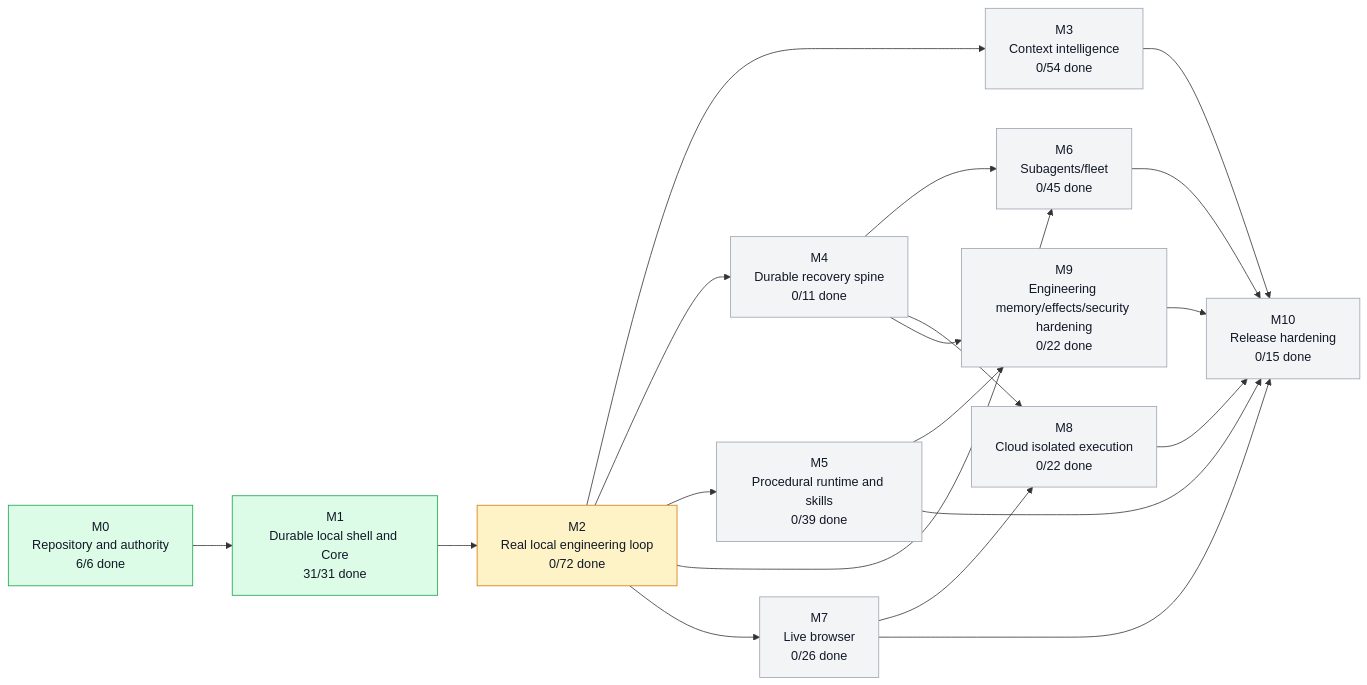
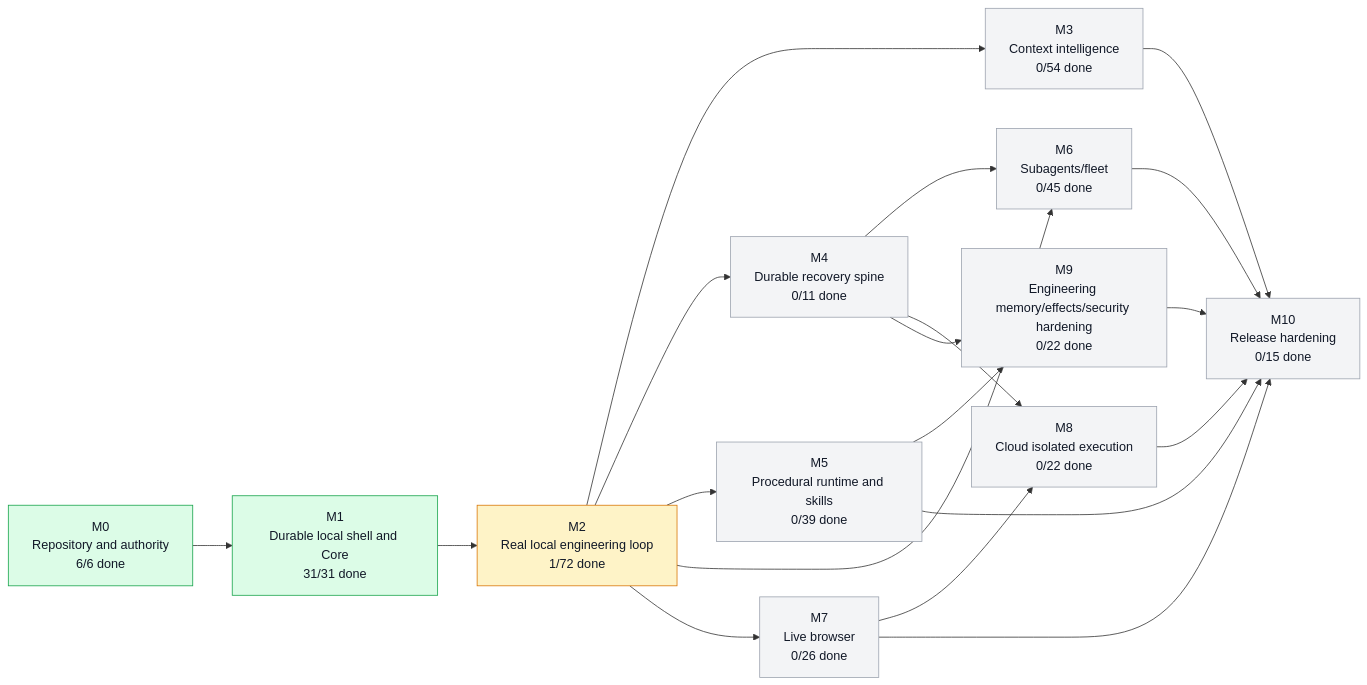
The first of 3 diagrams in graph/PROJECT_GRAPH.md (moss101/zmodbit), drawn with Mermaid before and after one commit. The commit also changed other lines of this file and 3 other files, not shown here.

````diff
--- a/graph/PROJECT_GRAPH.md
+++ b/graph/PROJECT_GRAPH.md
@@ -43,43 +43,43 @@
 ```mermaid
 flowchart LR
   M0["M0<br/>Repository and authority<br/>6/6 done"]
   M1["M1<br/>Durable local shell and Core<br/>31/31 done"]
-  M2["M2<br/>Real local engineering loop<br/>0/72 done"]
+  M2["M2<br/>Real local engineering loop<br/>1/72 done"]
   M3["M3<br/>Context intelligence<br/>0/54 done"]
   M4["M4<br/>Durable recovery spine<br/>0/11 done"]
   M5["M5<br/>Procedural runtime and skills<br/>0/39 done"]
   M6["M6<br/>Subagents/fleet<br/>0/45 done"]
   M7["M7<br/>Live browser<br/>0/26 done"]
   M8["M8<br/>Cloud isolated execution<br/>0/22 done"]
   M9["M9<br/>Engineering memory/effects/security hardening<br/>0/22 done"]
   M10["M10<br/>Release hardening<br/>0/15 done"]
   M0 --> M1
   M1 --> M2
   M2 --> M3
   M2 --> M4
   M2 --> M5
   M2 --> M6
   M4 --> M6
   M2 --> M7
   M4 --> M8
   M7 --> M8
   M4 --> M9
   M5 --> M9
   M3 --> M10
   M5 --> M10
   M6 --> M10
   M7 --> M10
   M8 --> M10
   M9 --> M10
   style M0 fill:#dcfce7,stroke:#16a34a,color:#111827
   style M1 fill:#dcfce7,stroke:#16a34a,color:#111827
   style M2 fill:#fef3c7,stroke:#d97706,color:#111827
   style M3 fill:#f3f4f6,stroke:#9ca3af,color:#111827
   style M4 fill:#f3f4f6,stroke:#9ca3af,color:#111827
   style M5 fill:#f3f4f6,stroke:#9ca3af,color:#111827
   style M6 fill:#f3f4f6,stroke:#9ca3af,color:#111827
   style M7 fill:#f3f4f6,stroke:#9ca3af,color:#111827
   style M8 fill:#f3f4f6,stroke:#9ca3af,color:#111827
   style M9 fill:#f3f4f6,stroke:#9ca3af,color:#111827
   style M10 fill:#f3f4f6,stroke:#9ca3af,color:#111827
 ```
````
